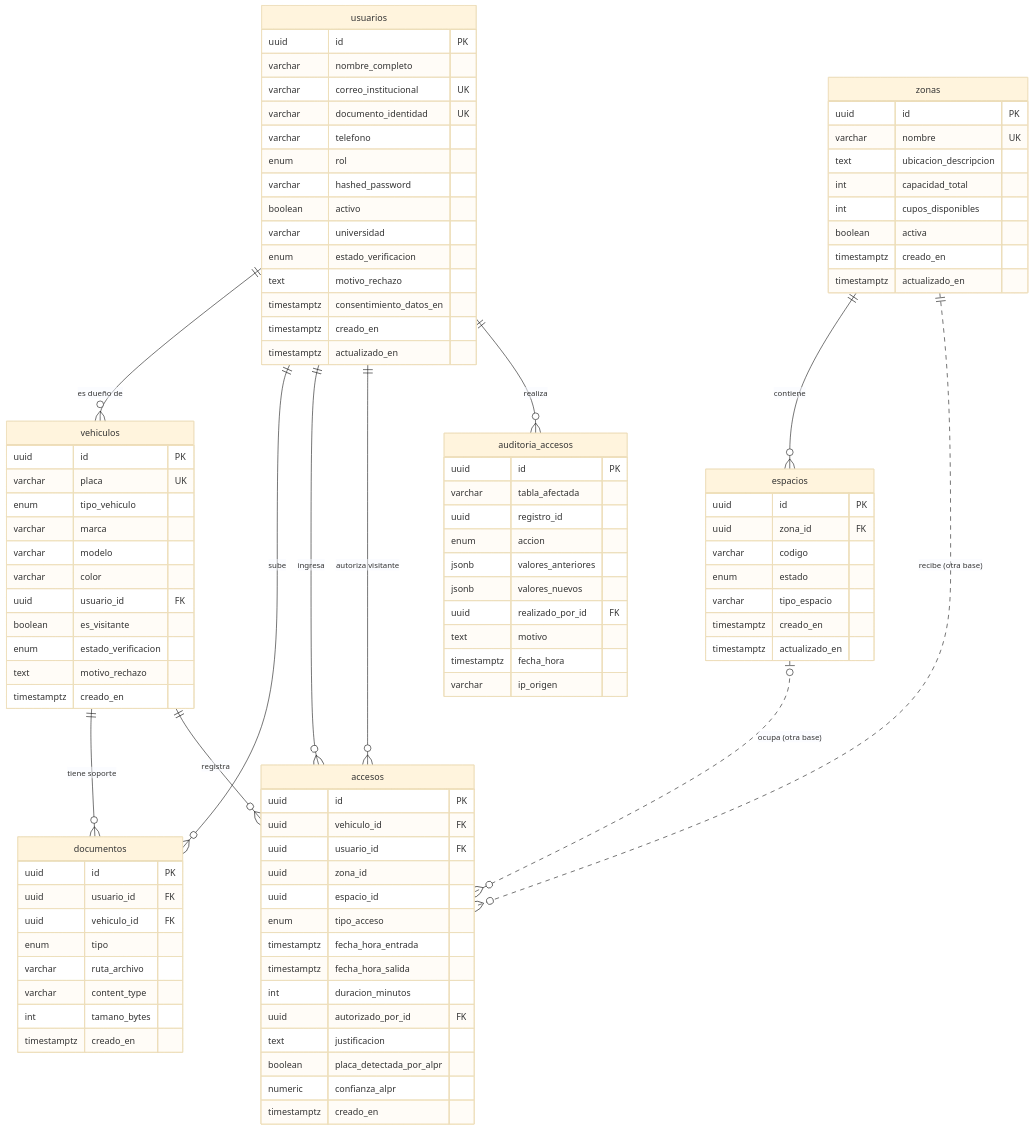
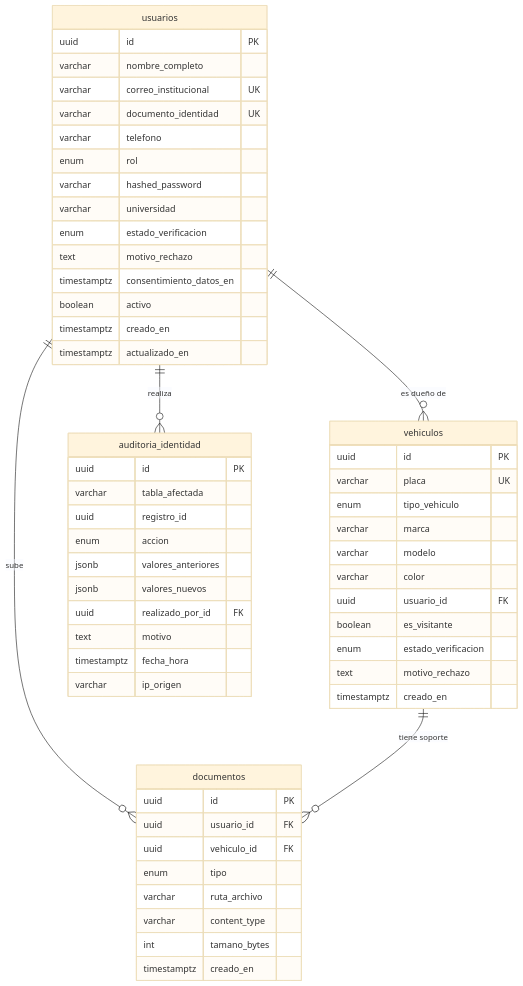
The first of 3 diagrams in base-de-datos/diagrama-er.md (1nagoca/sistema-parqueadero), drawn with Mermaid (base theme) before and after one commit. The commit also changed other lines of this file and 4 other files, not shown here.

Commit message:
Cerrar el paso 3: documentar los cuatro servicios y una base de datos por servicio

```diff
--- a/base-de-datos/diagrama-er.md
+++ b/base-de-datos/diagrama-er.md
@@ -9,13 +11,7 @@
     usuarios ||--o{ vehiculos : "es dueño de"
     usuarios ||--o{ documentos : "sube"
     vehiculos ||--o{ documentos : "tiene soporte"
-    usuarios ||--o{ accesos : "ingresa"
-    usuarios ||--o{ accesos : "autoriza visitante"
-    vehiculos ||--o{ accesos : "registra"
-    zonas ||--o{ espacios : "contiene"
-    zonas ||..o{ accesos : "recibe (otra base)"
-    espacios |o..o{ accesos : "ocupa (otra base)"
-    usuarios ||--o{ auditoria_accesos : "realiza"
+    usuarios ||--o{ auditoria_identidad : "realiza"
 
     usuarios {
         uuid id PK
@@ -25,11 +21,11 @@
         varchar telefono
         enum rol
         varchar hashed_password
-        boolean activo
         varchar universidad
         enum estado_verificacion
         text motivo_rechazo
         timestamptz consentimiento_datos_en
+        boolean activo
         timestamptz creado_en
         timestamptz actualizado_en
     }
@@ -46,41 +42,6 @@
         text motivo_rechazo
         timestamptz creado_en
     }
-    zonas {
-        uuid id PK
-        varchar nombre UK
-        text ubicacion_descripcion
-        int capacidad_total
-        int cupos_disponibles
-        boolean activa
-        timestamptz creado_en
-        timestamptz actualizado_en
-    }
-    espacios {
-        uuid id PK
-        uuid zona_id FK
-        varchar codigo
-        enum estado
-        varchar tipo_espacio
-        timestamptz creado_en
-        timestamptz actualizado_en
-    }
-    accesos {
-        uuid id PK
-        uuid vehiculo_id FK
-        uuid usuario_id FK
-        uuid zona_id
-        uuid espacio_id
-        enum tipo_acceso
-        timestamptz fecha_hora_entrada
-        timestamptz fecha_hora_salida
-        int duracion_minutos
-        uuid autorizado_por_id FK
-        text justificacion
-        boolean placa_detectada_por_alpr
-        numeric confianza_alpr
-        timestamptz creado_en
-    }
     documentos {
         uuid id PK
         uuid usuario_id FK
@@ -91,7 +52,7 @@
         int tamano_bytes
         timestamptz creado_en
     }
-    auditoria_accesos {
+    auditoria_identidad {
         uuid id PK
         varchar tabla_afectada
         uuid registro_id
```
